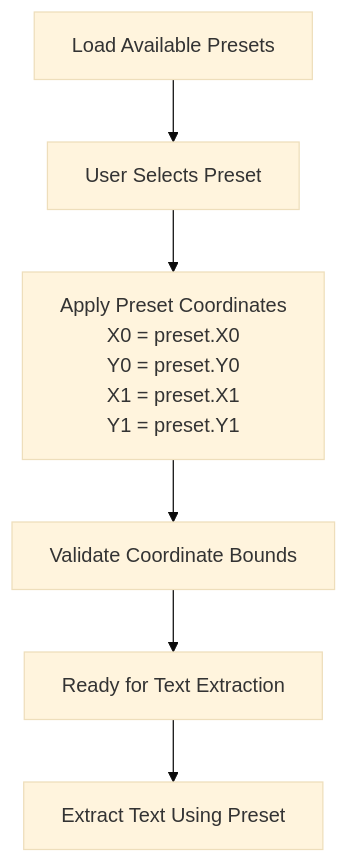
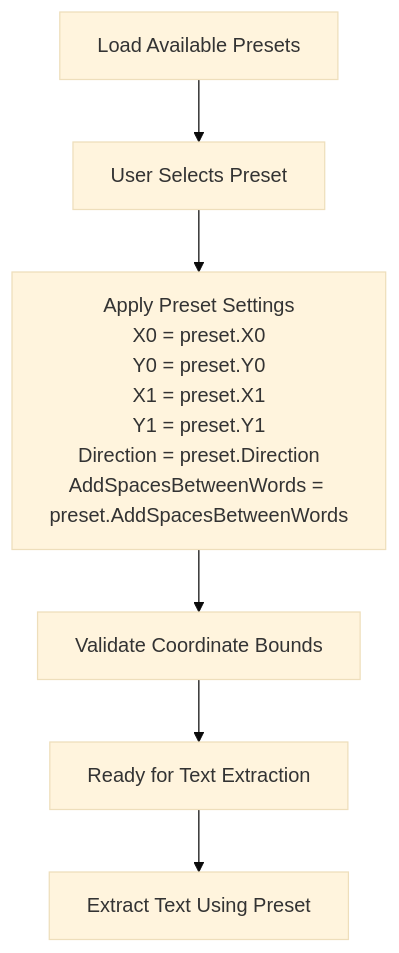
Before and after one commit to Kibnet/PDFAnnotator: the eighth of 8 diagrams in .qoder/repowiki/en/content/Data Models/ExtractionPreset.md, drawn with Mermaid (base theme). The commit also changed other lines of this file and 4 other files, not shown here.

````diff
--- a/.qoder/repowiki/en/content/Data Models/ExtractionPreset.md
+++ b/.qoder/repowiki/en/content/Data Models/ExtractionPreset.md
@@ -419,8 +491,8 @@
 ```mermaid
 flowchart TD
 LoadPresets["Load Available Presets"] --> SelectPreset["User Selects Preset"]
-SelectPreset --> ApplyPreset["Apply Preset Coordinates<br/>X0 = preset.X0<br/>Y0 = preset.Y0<br/>X1 = preset.X1<br/>Y1 = preset.Y1"]
+SelectPreset --> ApplyPreset["Apply Preset Settings<br/>X0 = preset.X0<br/>Y0 = preset.Y0<br/>X1 = preset.X1<br/>Y1 = preset.Y1<br/>Direction = preset.Direction<br/>AddSpacesBetweenWords = preset.AddSpacesBetweenWords"]
 ApplyPreset --> ValidateBounds["Validate Coordinate Bounds"]
 ValidateBounds --> ReadyForExtraction["Ready for Text Extraction"]
 ReadyForExtraction --> ExtractText["Extract Text Using Preset"]
 ```
````
